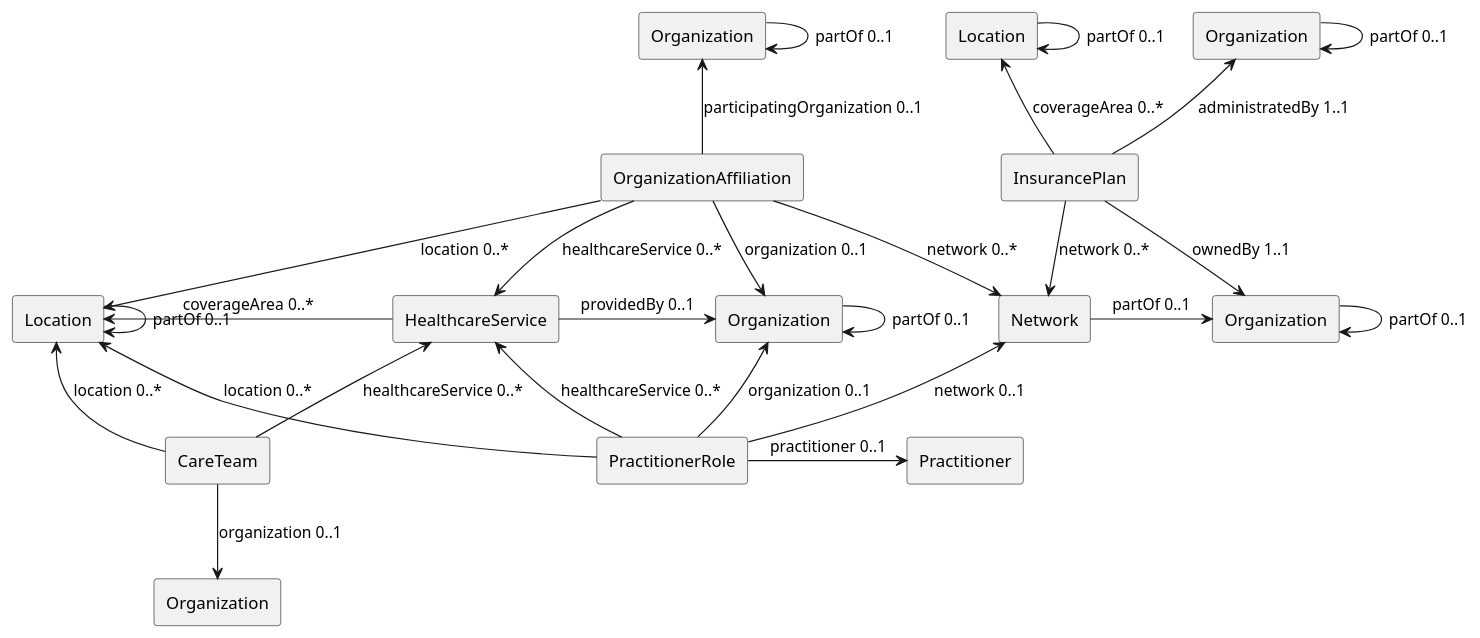
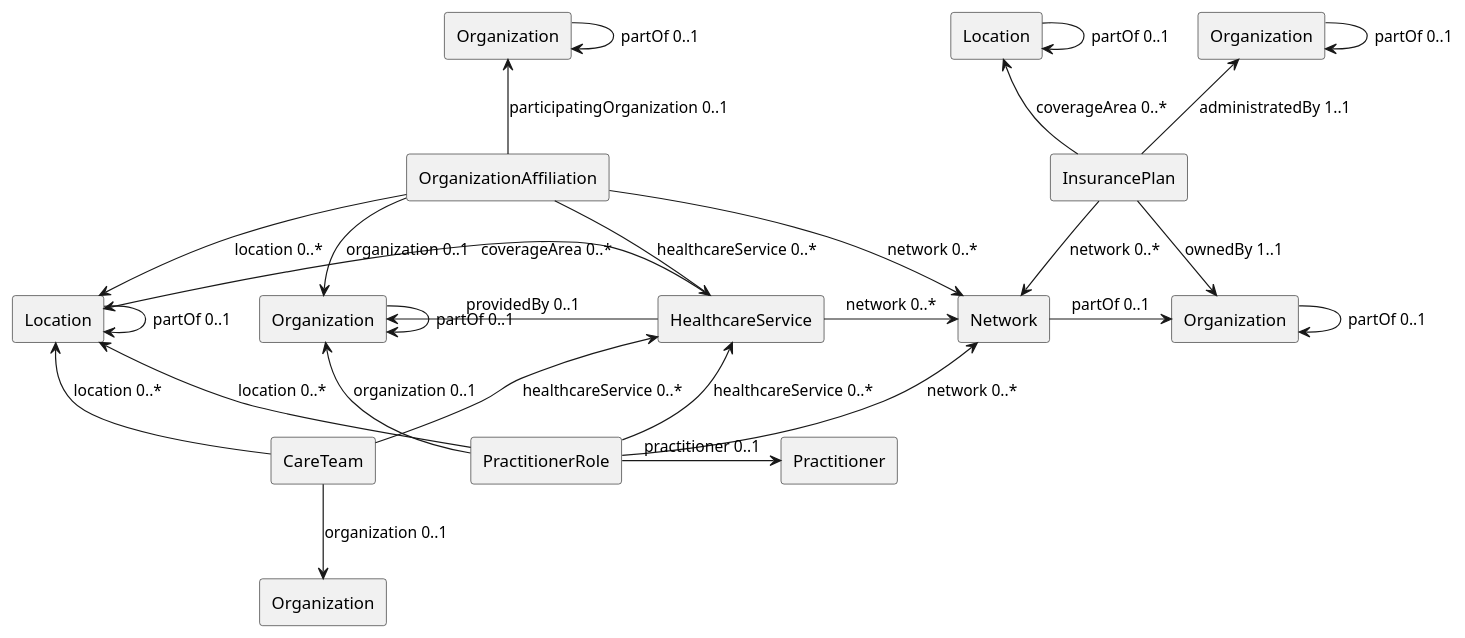
One commit to HL7/fhir-us-ndh changed the diagram in input/images-source/RelResource.plantuml. Above: the diagram before and after it, drawn with PlantUML. The commit also changed 4 other files, not shown here.

Commit message:
update diagrams

```diff
--- a/input/images-source/RelResource.plantuml
+++ b/input/images-source/RelResource.plantuml
@@ -1,56 +1,57 @@
 @startuml
 
 agent OrganizationAffiliation as orgAff
 agent Organization as orgIns1
 agent Organization as orgIns2
 agent Organization as orgOrgAff
 agent Organization as orgOrgPrac
 agent Location as locIns 
 agent Location as locOrgPrac  
 agent Network as network
 agent HealthcareService as service
 agent InsurancePlan as insurance
 agent PractitionerRole as pracRole
 agent Practitioner as practitioner
 agent CareTeam as careTeam
 agent Organization as careTeamOrg
 
-pracRole -up-> network: "network 0..1"
+pracRole -up-> network: "network 0..*"
 pracRole -up-> orgOrgPrac: "organization 0..1"
 pracRole -up-> service: "healthcareService 0..*"
-service -right->orgOrgPrac: "providedBy 0..1"
+service -left->orgOrgPrac: "providedBy 0..1"
 service -left->locOrgPrac: "coverageArea 0..*"
+service -right->network: "network 0..*"
 pracRole -up-> locOrgPrac: "location 0..*"
 orgAff -down-> network: "network 0..*"
 orgAff -down-> orgOrgPrac: "organization 0..1"
 orgAff -down-> service: "healthcareService 0..*"
 orgAff -down-> locOrgPrac: "location 0..*"
 
 
 orgAff -up-> orgOrgAff: "participatingOrganization 0..1"
 insurance -down-> network: "network 0..*"
 insurance -up-> locIns: "coverageArea 0..*"
 insurance -up-> orgIns2: "administratedBy 1..1"
 insurance -down-> orgIns1: "ownedBy 1..1"
 network -right-> orgIns1: "partOf 0..1"
 
 pracRole -right-> practitioner: "practitioner 0..1"
 
 locOrgPrac -right-> locOrgPrac : "partOf 0..1"
 locIns -right-> locIns : "partOf 0..1"
 orgOrgPrac -right-> orgOrgPrac : "partOf 0..1"
 orgIns1 -right-> orgIns1 : "partOf 0..1"
 orgIns2 -right-> orgIns2 : "partOf 0..1"
 orgOrgAff -right-> orgOrgAff : "partOf 0..1"
 
 careTeam -up-> locOrgPrac: "location 0..*"
 careTeam -up-> service: "healthcareService 0..*"
 careTeam -down-> careTeamOrg : "organization 0..1"
 
 
 
 
 
 
 
 @enduml
```
